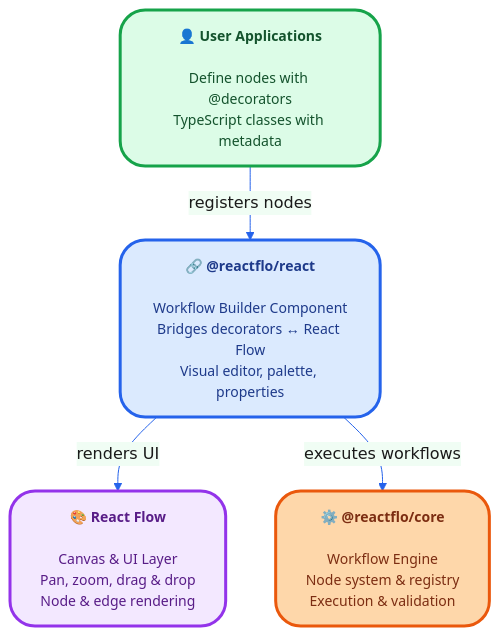
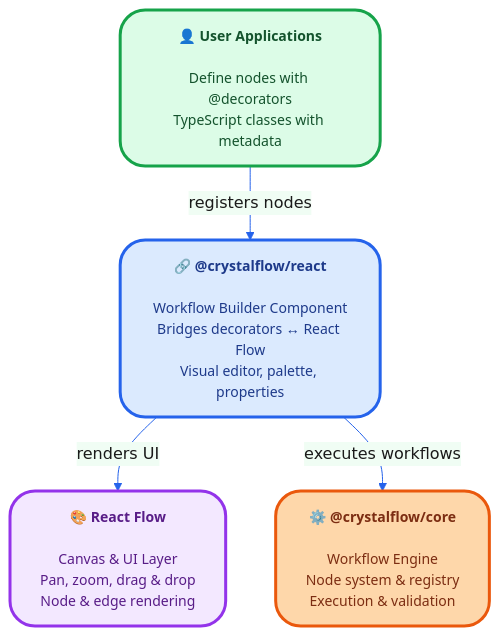
The diagram in README.md (crystalflow-dev/crystalflow), drawn with Mermaid before and after one commit. The commit also changed other lines of this file and 301 other files, not shown here.

First line of the commit message:
Rebrand: ReactFlo to CrystalFlow (#27)

````diff
--- a/README.md
+++ b/README.md
@@ -126,19 +126,19 @@
 ```mermaid
 %%{init: {'theme':'base', 'themeVariables': { 'primaryColor':'#e8f4f8','primaryTextColor':'#1a1a1a','primaryBorderColor':'#2563eb','lineColor':'#2563eb','secondaryColor':'#f0fdf4','tertiaryColor':'#fef3c7'}}}%%
 graph TB
     A["<b>👤 User Applications</b><br/><br/>Define nodes with @decorators<br/>TypeScript classes with metadata"]
-    B["<b>🔗 @reactflo/react</b><br/><br/>Workflow Builder Component<br/>Bridges decorators ↔ React Flow<br/>Visual editor, palette, properties"]
+    B["<b>🔗 @crystalflow/react</b><br/><br/>Workflow Builder Component<br/>Bridges decorators ↔ React Flow<br/>Visual editor, palette, properties"]
     C["<b>🎨 React Flow</b><br/><br/>Canvas & UI Layer<br/>Pan, zoom, drag & drop<br/>Node & edge rendering"]
-    D["<b>⚙️ @reactflo/core</b><br/><br/>Workflow Engine<br/>Node system & registry<br/>Execution & validation"]
+    D["<b>⚙️ @crystalflow/core</b><br/><br/>Workflow Engine<br/>Node system & registry<br/>Execution & validation"]
     
     A -->|"registers nodes"| B
     B -->|"renders UI"| C
     B -->|"executes workflows"| D
     
     style A fill:#dcfce7,stroke:#16a34a,stroke-width:3px,color:#14532d,rx:25,ry:25
     style B fill:#dbeafe,stroke:#2563eb,stroke-width:3px,color:#1e3a8a,rx:25,ry:25
     style C fill:#f3e8ff,stroke:#9333ea,stroke-width:3px,color:#581c87,rx:25,ry:25
     style D fill:#fed7aa,stroke:#ea580c,stroke-width:3px,color:#7c2d12,rx:25,ry:25
     
     classDef default font-size:14px,font-family:system-ui
 ```
````
